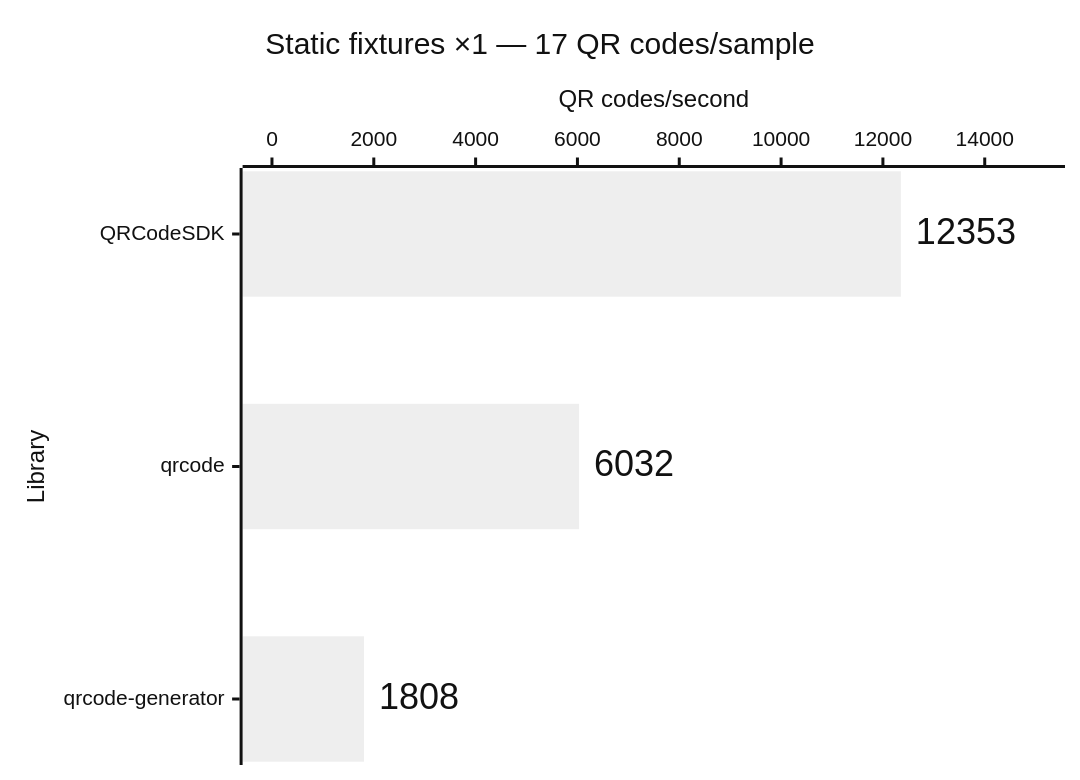
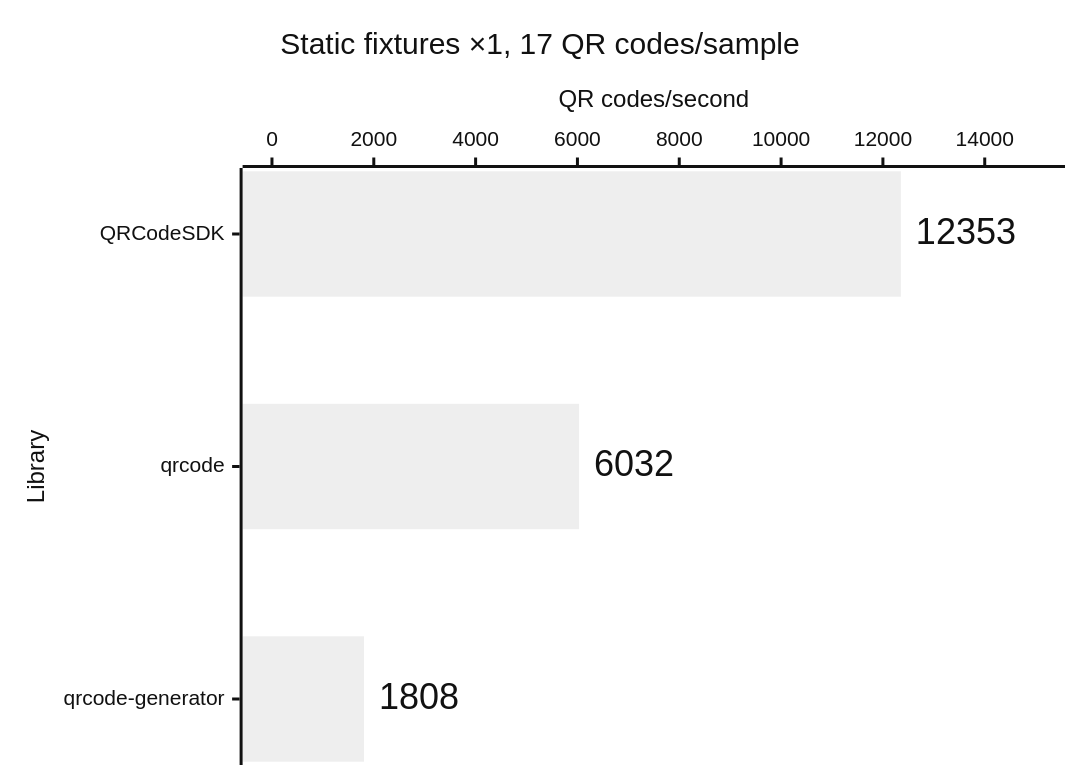
One commit to Dafnik/qrcodesdk changed the first of 14 diagrams in apps/docs/src/content/docs/learn/performance.md. Above: the diagram before and after it, drawn with Mermaid (neutral theme). The commit also changed other lines of this file and 86 other files, not shown here.

````diff
--- a/apps/docs/src/content/docs/learn/performance.md
+++ b/apps/docs/src/content/docs/learn/performance.md
@@ -29,15 +29,15 @@
 ```mermaid
 ---
 config:
   xyChart:
     showDataLabel: true
     showDataLabelOutsideBar: true
 ---
 xychart horizontal
-  accTitle: Matrix generation: Static fixtures ×1 — 17 QR codes/sample
+  accTitle: Matrix generation, Static fixtures ×1, 17 QR codes/sample
   accDescr: Throughput calculated from median time. QRCodeSDK 12,353 QR codes per second, qrcode 6,032 QR codes per second, qrcode-generator 1,808 QR codes per second. Higher is better.
-  title "Static fixtures ×1 — 17 QR codes/sample"
+  title "Static fixtures ×1, 17 QR codes/sample"
   x-axis "Library" ["QRCodeSDK", "qrcode", "qrcode-generator"]
   y-axis "QR codes/second" 0 --> 15000
   bar [12353, 6032, 1808]
 ```
````
